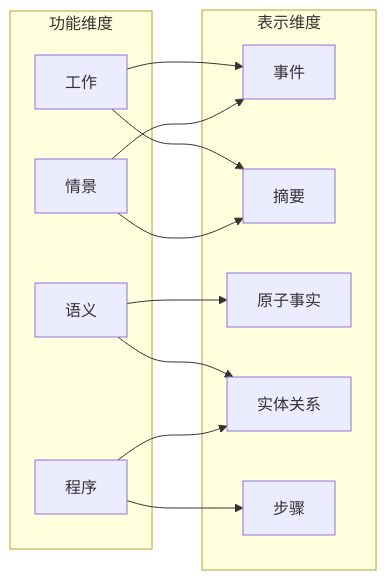
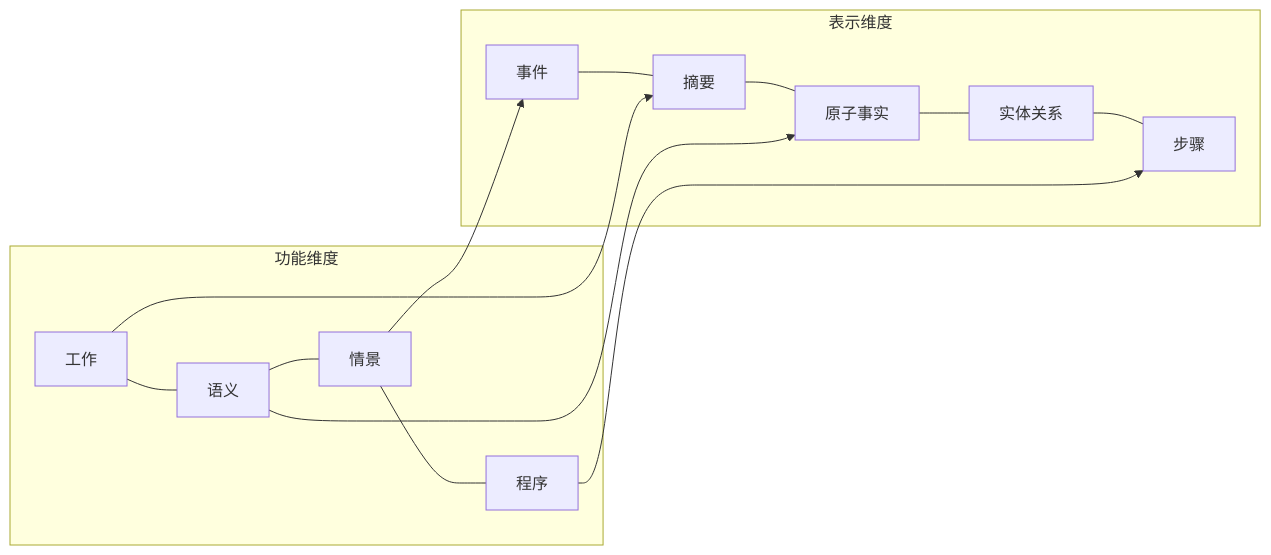
The third of 8 diagrams in docs/learning/mem0-memory-system-design.zh-CN.md (StevenLZM/mem0), drawn with Mermaid before and after one commit. The commit also changed other lines of this file, not shown here.

````diff
--- a/docs/learning/mem0-memory-system-design.zh-CN.md
+++ b/docs/learning/mem0-memory-system-design.zh-CN.md
@@ -217,24 +199,13 @@
 ```mermaid
 flowchart LR
     subgraph F[功能维度]
-        W[工作]
-        S[语义]
-        E[情景]
-        P[程序]
+        W[工作] --- S[语义] --- E[情景] --- P[程序]
     end
     subgraph R[表示维度]
-        EV[事件]
-        SU[摘要]
-        AF[原子事实]
-        ER[实体关系]
-        ST[步骤]
+        EV[事件] --- SU[摘要] --- AF[原子事实] --- ER[实体关系] --- ST[步骤]
     end
-    W --> EV
     W --> SU
     S --> AF
-    S --> ER
     E --> EV
-    E --> SU
     P --> ST
-    P --> ER
 ```
````
